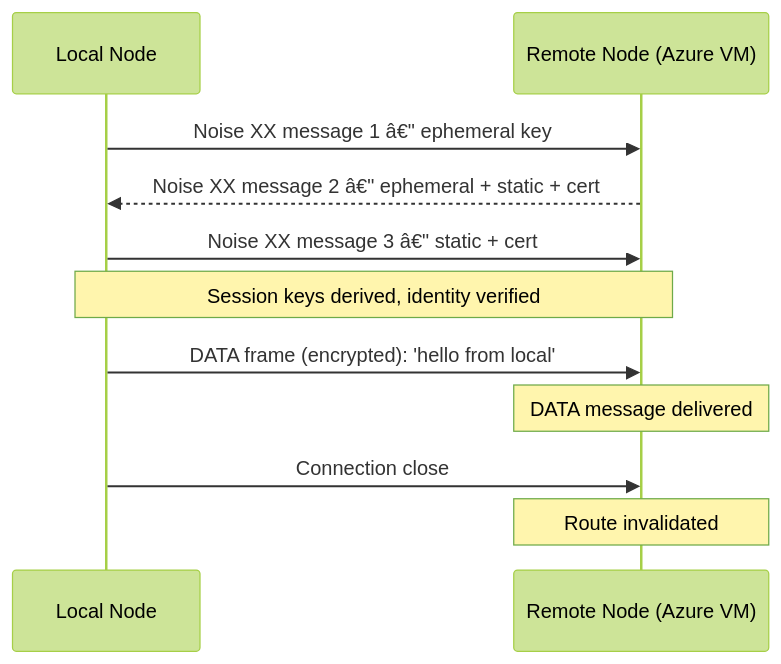
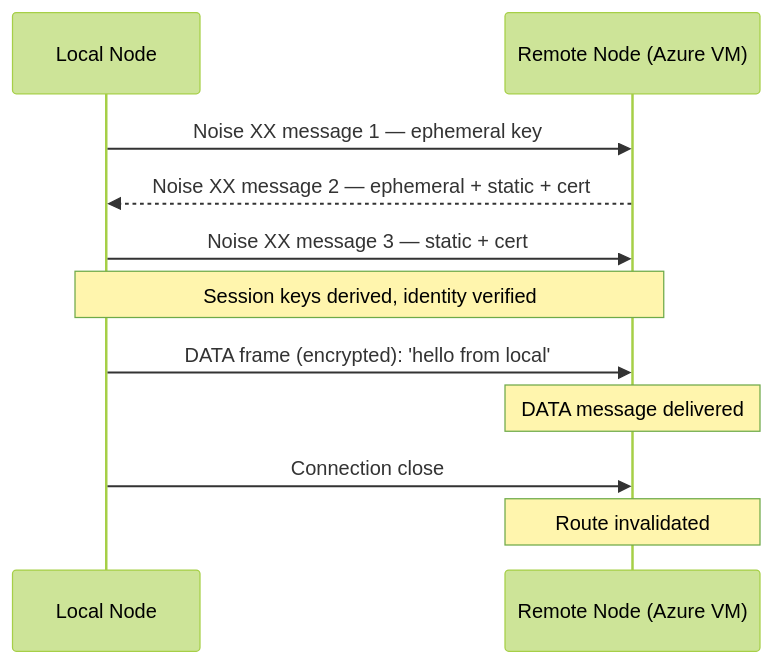
Before and after one commit to GenesisMeshLabs/genesismesh: the third of 6 diagrams in docs/examples/demos-capability.md, drawn with Mermaid (forest theme). The commit also changed other lines of this file and 119 other files, not shown here.

````diff
--- a/docs/examples/demos-capability.md
+++ b/docs/examples/demos-capability.md
@@ -227,14 +283,14 @@
 ```{mermaid}
 sequenceDiagram
     participant A as Local Node
     participant B as Remote Node (Azure VM)
 
-    A->>B: Noise XX message 1 â€" ephemeral key
-    B-->>A: Noise XX message 2 â€" ephemeral + static + cert
-    A->>B: Noise XX message 3 â€" static + cert
+    A->>B: Noise XX message 1 — ephemeral key
+    B-->>A: Noise XX message 2 — ephemeral + static + cert
+    A->>B: Noise XX message 3 — static + cert
     note over A,B: Session keys derived, identity verified
     A->>B: DATA frame (encrypted): 'hello from local'
     note over B: DATA message delivered
     A->>B: Connection close
     note over B: Route invalidated
 ```
````
